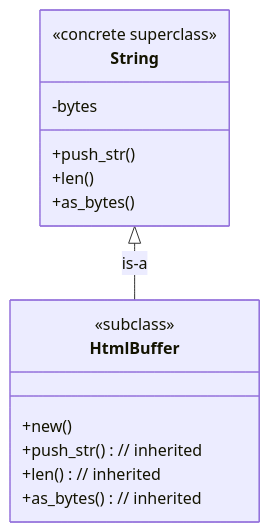
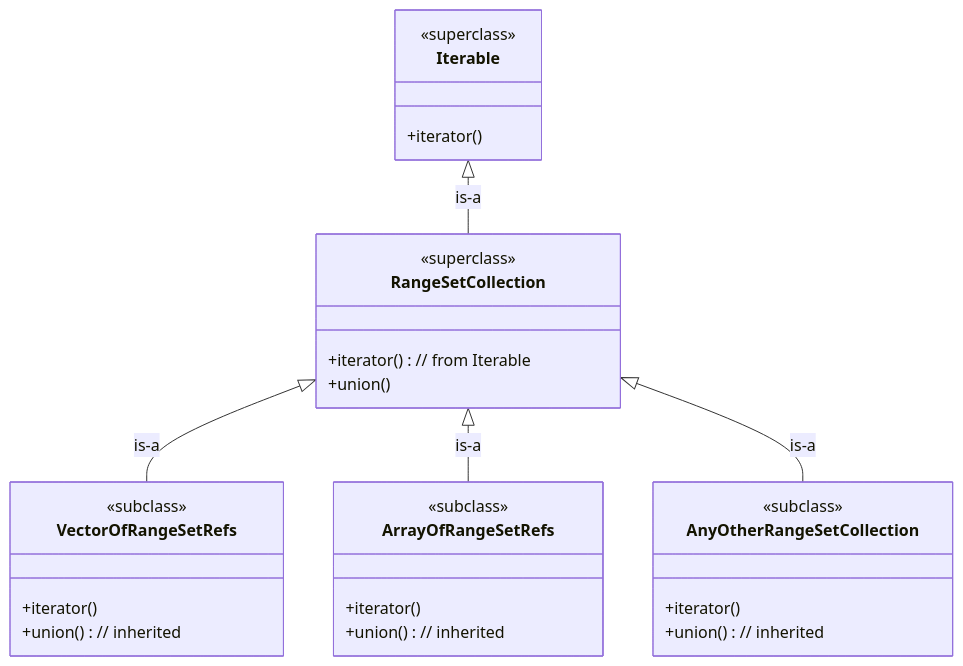
One commit to CarlKCarlK/inherit changed the diagram in examples/6_puzzle.md. Above: the diagram before and after it, drawn with Mermaid. The commit also changed other lines of this file and 9 other files, not shown here.

````diff
--- a/examples/6_puzzle.md
+++ b/examples/6_puzzle.md
@@ -5,22 +5,38 @@
 ```mermaid
 classDiagram
     direction TB
 
-    class String {
-        <<concrete superclass>>
-        -bytes
-        +push_str()
-        +len()
-        +as_bytes()
+    class Iterable {
+        <<superclass>>
+        +iterator()
     }
 
-    class HtmlBuffer {
-        <<subclass>>
-        +new()
-        +push_str() // inherited
-        +len() // inherited
-        +as_bytes() // inherited
+    class RangeSetCollection {
+        <<superclass>>
+        +iterator() // from Iterable
+        +union()
     }
 
-    String <|-- HtmlBuffer : is-a
+    class VectorOfRangeSetRefs {
+        <<subclass>>
+        +iterator()
+        +union() // inherited
+    }
+
+    class ArrayOfRangeSetRefs {
+        <<subclass>>
+        +iterator()
+        +union() // inherited
+    }
+
+    class AnyOtherRangeSetCollection {
+        <<subclass>>
+        +iterator()
+        +union() // inherited
+    }
+
+    Iterable <|-- RangeSetCollection : is-a
+    RangeSetCollection <|-- VectorOfRangeSetRefs : is-a
+    RangeSetCollection <|-- ArrayOfRangeSetRefs : is-a
+    RangeSetCollection <|-- AnyOtherRangeSetCollection : is-a
 ```
````
